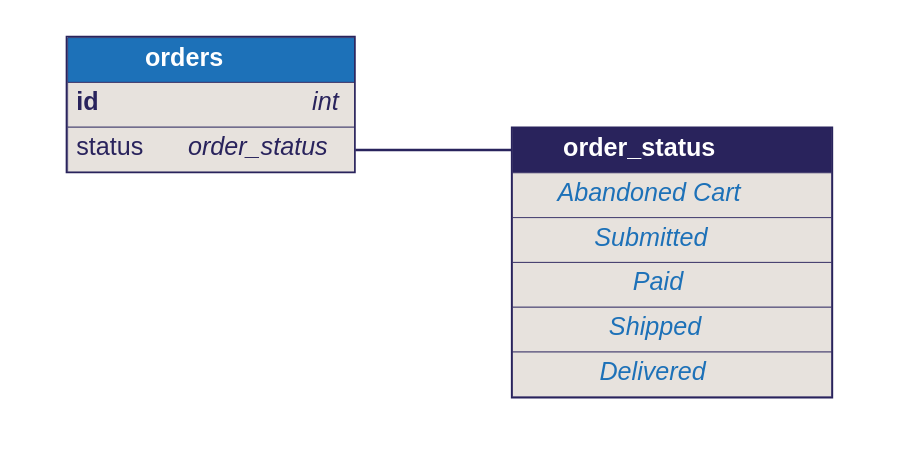
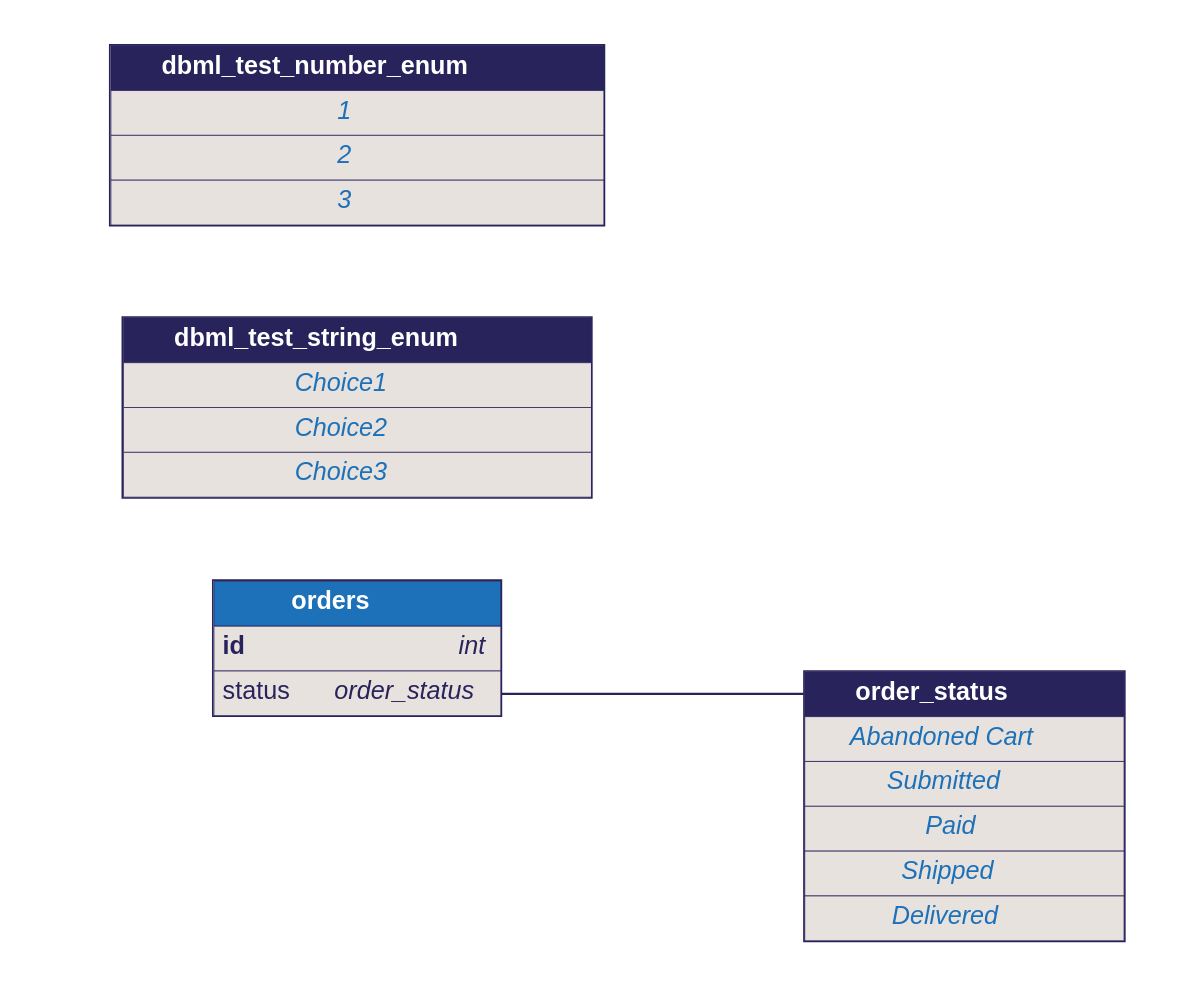
The diagram in examples/issue-11.dbml.dot (softwaretechnik-berlin/dbml-renderer), drawn with Graphviz before and after one commit. The commit also changed 2 other files, not shown here.

```diff
--- a/examples/issue-11.dbml.dot
+++ b/examples/issue-11.dbml.dot
@@ -1,39 +1,51 @@
 digraph dbml {
       rankdir=LR;
       graph [fontname="helvetica", fontsize=32, fontcolor="#29235c", bgcolor="transparent"];
       node [penwidth=0, margin=0, fontname="helvetica", fontsize=32, fontcolor="#29235c"];
       edge [fontname="helvetica", fontsize=32, fontcolor="#29235c", color="#29235c"];
 
       "order_status" [id=order_status;label=<<TABLE BORDER="2" COLOR="#29235c" CELLBORDER="1" CELLSPACING="0" CELLPADDING="10">
     <TR><TD PORT="f0" WIDTH="150" BGCOLOR="#29235c"><font color="#ffffff"><B>       order_status       </B></font></TD></TR>
     <TR><TD PORT="f0" BGCOLOR="#e7e2dd"><font color="#1d71b8"><i>    Abandoned Cart    </i></font></TD></TR>
 <TR><TD PORT="f1" BGCOLOR="#e7e2dd"><font color="#1d71b8"><i>    Submitted    </i></font></TD></TR>
 <TR><TD PORT="f2" BGCOLOR="#e7e2dd"><font color="#1d71b8"><i>    Paid    </i></font></TD></TR>
 <TR><TD PORT="f3" BGCOLOR="#e7e2dd"><font color="#1d71b8"><i>    Shipped    </i></font></TD></TR>
 <TR><TD PORT="f4" BGCOLOR="#e7e2dd"><font color="#1d71b8"><i>    Delivered    </i></font></TD></TR>
+    </TABLE>>];
+"dbml_test_string_enum" [id=dbml_test_string_enum;label=<<TABLE BORDER="2" COLOR="#29235c" CELLBORDER="1" CELLSPACING="0" CELLPADDING="10">
+    <TR><TD PORT="f0" WIDTH="150" BGCOLOR="#29235c"><font color="#ffffff"><B>       dbml_test_string_enum       </B></font></TD></TR>
+    <TR><TD PORT="f0" BGCOLOR="#e7e2dd"><font color="#1d71b8"><i>    Choice1    </i></font></TD></TR>
+<TR><TD PORT="f1" BGCOLOR="#e7e2dd"><font color="#1d71b8"><i>    Choice2    </i></font></TD></TR>
+<TR><TD PORT="f2" BGCOLOR="#e7e2dd"><font color="#1d71b8"><i>    Choice3    </i></font></TD></TR>
+    </TABLE>>];
+"dbml_test_number_enum" [id=dbml_test_number_enum;label=<<TABLE BORDER="2" COLOR="#29235c" CELLBORDER="1" CELLSPACING="0" CELLPADDING="10">
+    <TR><TD PORT="f0" WIDTH="150" BGCOLOR="#29235c"><font color="#ffffff"><B>       dbml_test_number_enum       </B></font></TD></TR>
+    <TR><TD PORT="f0" BGCOLOR="#e7e2dd"><font color="#1d71b8"><i>    1    </i></font></TD></TR>
+<TR><TD PORT="f1" BGCOLOR="#e7e2dd"><font color="#1d71b8"><i>    2    </i></font></TD></TR>
+<TR><TD PORT="f2" BGCOLOR="#e7e2dd"><font color="#1d71b8"><i>    3    </i></font></TD></TR>
     </TABLE>>];
       
       
       "orders" [id="orders";label=<<TABLE BORDER="2" COLOR="#29235c" CELLBORDER="1" CELLSPACING="0" CELLPADDING="10" >
       <TR><TD PORT="f0" WIDTH="150" BGCOLOR="#1d71b8"><font color="#ffffff"><B>       orders       </B></font></TD></TR>
 <TR><TD ALIGN="left" PORT="f1" BGCOLOR="#e7e2dd">
       <TABLE CELLPADDING="0" CELLSPACING="0" BORDER="0">
         <TR>
           <TD ALIGN="LEFT"><b>id</b><FONT>    </FONT></TD>
           <TD ALIGN="RIGHT"><font><i>int</i></font></TD>
         </TR>
       </TABLE>
     </TD></TR>
 <TR><TD ALIGN="left" PORT="f2" BGCOLOR="#e7e2dd">
       <TABLE CELLPADDING="0" CELLSPACING="0" BORDER="0">
         <TR>
           <TD ALIGN="LEFT">status<FONT>    </FONT></TD>
           <TD ALIGN="RIGHT"><font><i>order_status</i></font></TD>
         </TR>
       </TABLE>
     </TD></TR>
     </TABLE>>];
     
       
       "orders":f2:e -> "order_status":f0:w [penwidth=3, color="#29235c", arrowhead="none", arrowtail="none"]
     }
```
